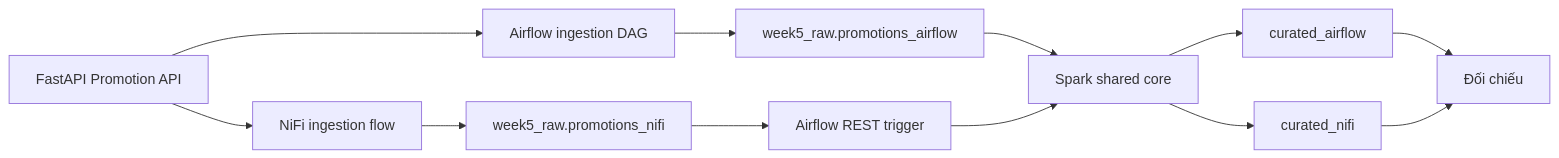
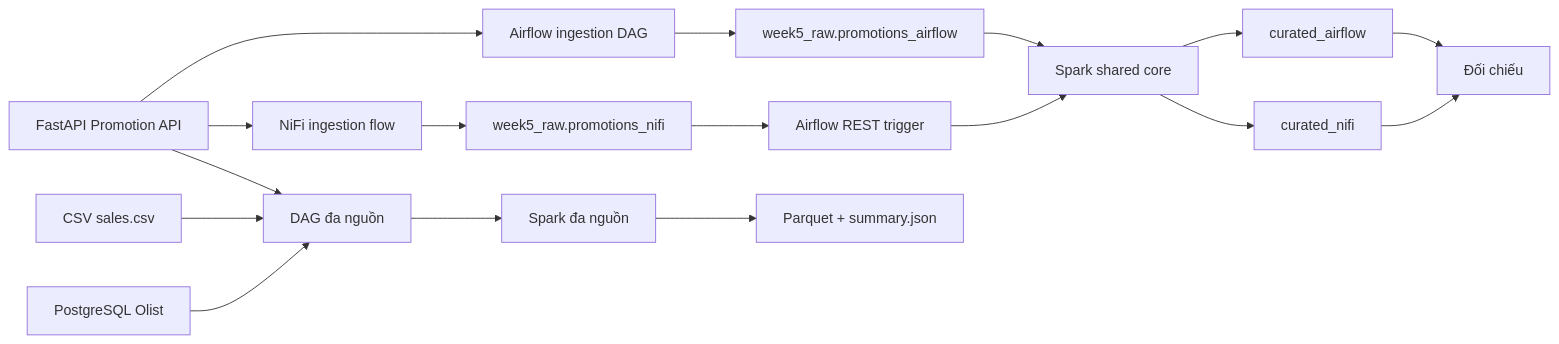
Before and after one commit to Datt106/DE-Genesis: the diagram in exercises/week5/README.md, drawn with Mermaid. The commit also changed other lines of this file and 24 other files, not shown here.

````diff
--- a/exercises/week5/README.md
+++ b/exercises/week5/README.md
@@ -17,15 +18,20 @@
 ```mermaid
 flowchart LR
     API["FastAPI Promotion API"]
     API --> AF["Airflow ingestion DAG"]
     AF --> RA["week5_raw.promotions_airflow"]
     RA --> SP["Spark shared core"]
     API --> NF["NiFi ingestion flow"]
     NF --> RN["week5_raw.promotions_nifi"]
     RN --> REST["Airflow REST trigger"]
     REST --> SP
     SP --> CA["curated_airflow"]
     SP --> CN["curated_nifi"]
     CA --> CMP["Đối chiếu"]
     CN --> CMP
+    CSV["CSV sales.csv"] --> MS["DAG đa nguồn"]
+    DB["PostgreSQL Olist"] --> MS
+    API --> MS
+    MS --> MSP["Spark đa nguồn"]
+    MSP --> PQ["Parquet + summary.json"]
 ```
````
